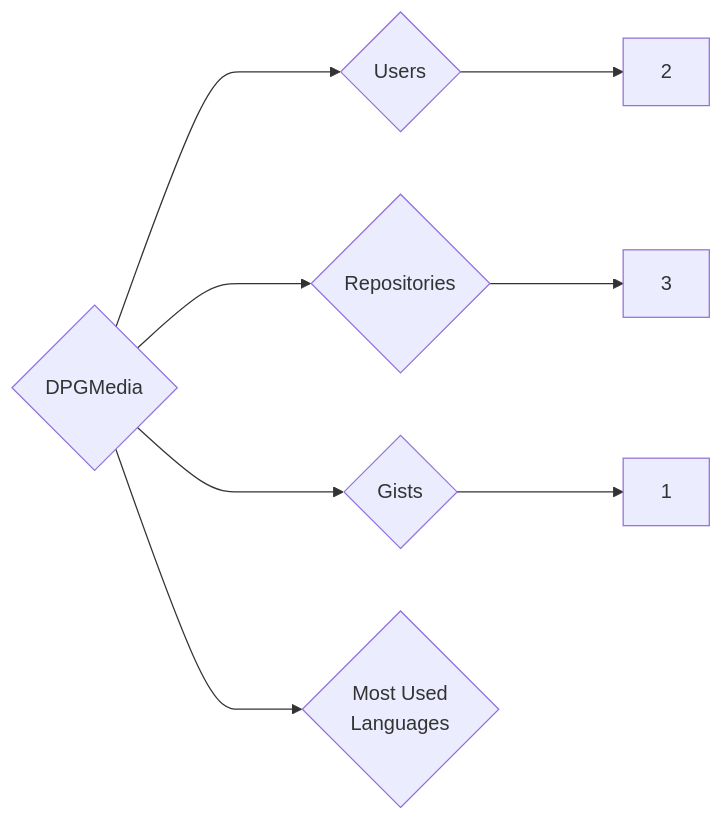
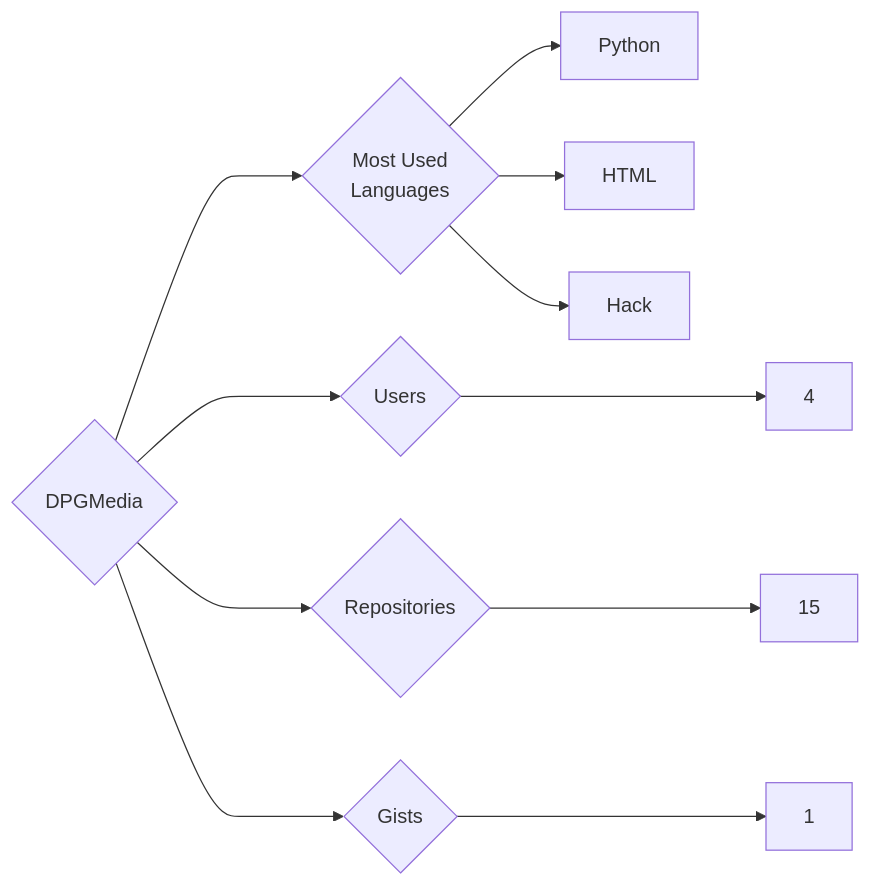
One commit to trickest/insiders changed the diagram in targets/DPGMedia/README.md. Above: the diagram before and after it, drawn with Mermaid. The commit also changed 933 other files, not shown here.

````diff
--- a/targets/DPGMedia/README.md
+++ b/targets/DPGMedia/README.md
@@ -3,8 +3,11 @@
 ```mermaid
 graph LR
 COMPANY_NAME{DPGMedia}
-COMPANY_NAME ---> U{Users} ---> UN[2]
-COMPANY_NAME ---> R{Repositories} ---> RN[3]
+COMPANY_NAME ---> U{Users} ---> UN[4]
+COMPANY_NAME ---> R{Repositories} ---> RN[15]
 COMPANY_NAME ---> G{Gists} ---> GN[1]
 COMPANY_NAME ---> ML{Most Used<br>Languages}
+ML --> Python[Python]
+ML --> HTML[HTML]
+ML --> Hack[Hack]
 ```
````
